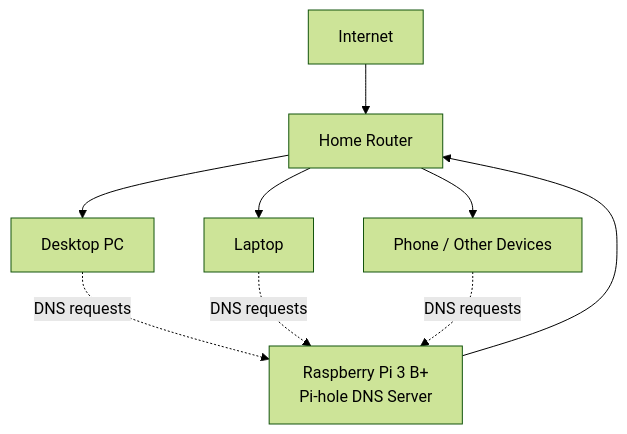
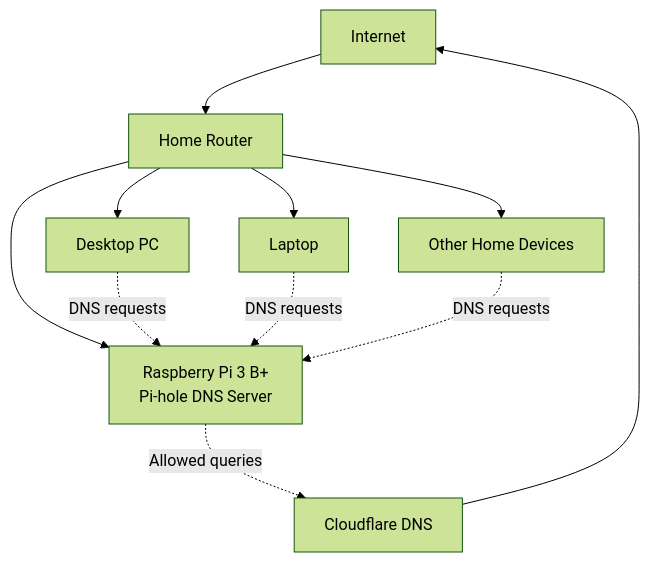
One commit to haltmannoah/Pihole-Home-Lab changed the diagram in README.md. Above: the diagram before and after it, drawn with Mermaid (forest theme). The commit also changed other lines of this file, not shown here.

````diff
--- a/README.md
+++ b/README.md
@@ -3,19 +22,23 @@
 ```mermaid
 flowchart TD
     Internet[Internet]
     Router[Home Router]
     PiHole[Raspberry Pi 3 B+<br/>Pi-hole DNS Server]
     Desktop[Desktop PC]
     Laptop[Laptop]
-    Phone[Phone / Other Devices]
+    Devices[Other Home Devices]
+    Upstream[Cloudflare DNS]
 
     Internet --> Router
     Router --> Desktop
     Router --> Laptop
-    Router --> Phone
+    Router --> Devices
+    Router --> PiHole
 
     Desktop -. DNS requests .-> PiHole
     Laptop -. DNS requests .-> PiHole
-    Phone -. DNS requests .-> PiHole
-    PiHole --> Router
+    Devices -. DNS requests .-> PiHole
+
+    PiHole -. Allowed queries .-> Upstream
+    Upstream --> Internet
 ```
````
